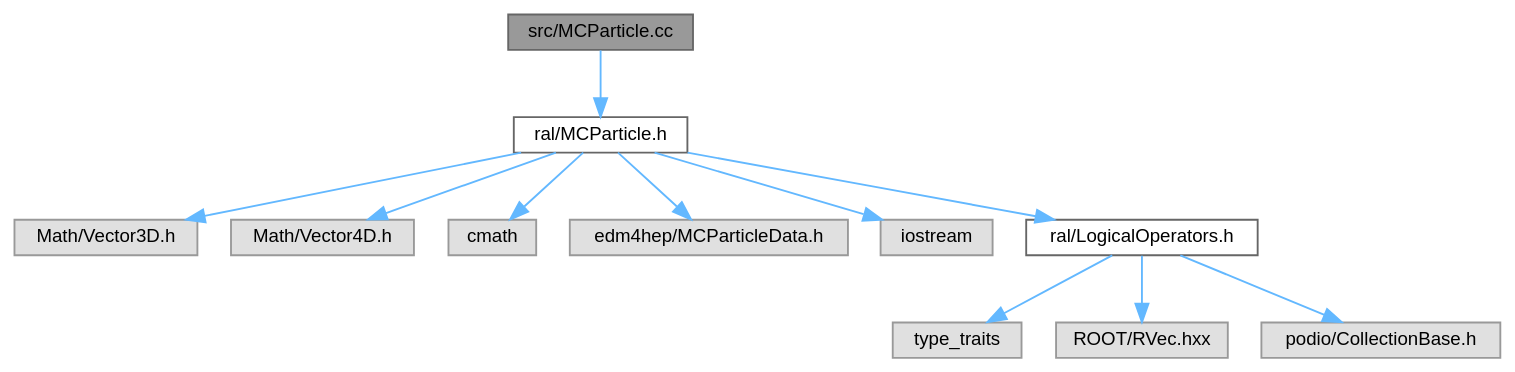
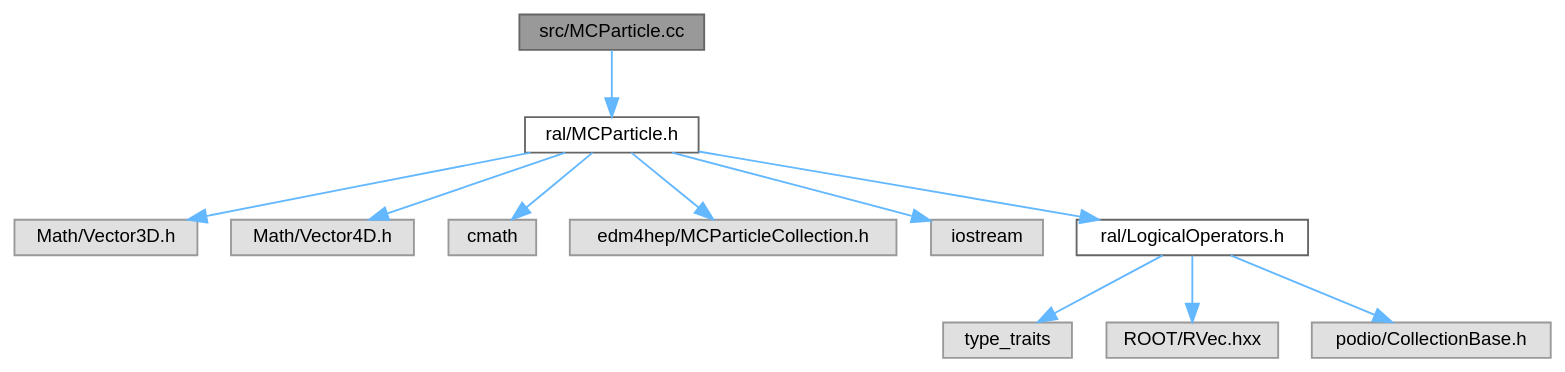
The diagram in docs/MCParticle_8cc__incl.dot (Juanki0396/ral), drawn with Graphviz before and after one commit. The commit also changed 30 other files, not shown here.

```diff
--- a/docs/MCParticle_8cc__incl.dot
+++ b/docs/MCParticle_8cc__incl.dot
@@ -1,28 +1,28 @@
 digraph "src/MCParticle.cc"
 {
  // LATEX_PDF_SIZE
   bgcolor="transparent";
   edge [fontname=Helvetica,fontsize=10,labelfontname=Helvetica,labelfontsize=10];
   node [fontname=Helvetica,fontsize=10,shape=box,height=0.2,width=0.4];
   Node1 [id="Node000001",label="src/MCParticle.cc",height=0.2,width=0.4,color="gray40", fillcolor="grey60", style="filled", fontcolor="black",tooltip=" "];
   Node1 -> Node2 [id="edge1_Node000001_Node000002",color="steelblue1",style="solid",tooltip=" "];
   Node2 [id="Node000002",label="ral/MCParticle.h",height=0.2,width=0.4,color="grey40", fillcolor="white", style="filled",URL="$MCParticle_8h.html",tooltip=" "];
   Node2 -> Node3 [id="edge2_Node000002_Node000003",color="steelblue1",style="solid",tooltip=" "];
   Node3 [id="Node000003",label="Math/Vector3D.h",height=0.2,width=0.4,color="grey60", fillcolor="#E0E0E0", style="filled",tooltip=" "];
   Node2 -> Node4 [id="edge3_Node000002_Node000004",color="steelblue1",style="solid",tooltip=" "];
   Node4 [id="Node000004",label="Math/Vector4D.h",height=0.2,width=0.4,color="grey60", fillcolor="#E0E0E0", style="filled",tooltip=" "];
   Node2 -> Node5 [id="edge4_Node000002_Node000005",color="steelblue1",style="solid",tooltip=" "];
   Node5 [id="Node000005",label="cmath",height=0.2,width=0.4,color="grey60", fillcolor="#E0E0E0", style="filled",tooltip=" "];
   Node2 -> Node6 [id="edge5_Node000002_Node000006",color="steelblue1",style="solid",tooltip=" "];
-  Node6 [id="Node000006",label="edm4hep/MCParticleData.h",height=0.2,width=0.4,color="grey60", fillcolor="#E0E0E0", style="filled",tooltip=" "];
+  Node6 [id="Node000006",label="edm4hep/MCParticleCollection.h",height=0.2,width=0.4,color="grey60", fillcolor="#E0E0E0", style="filled",tooltip=" "];
   Node2 -> Node7 [id="edge6_Node000002_Node000007",color="steelblue1",style="solid",tooltip=" "];
   Node7 [id="Node000007",label="iostream",height=0.2,width=0.4,color="grey60", fillcolor="#E0E0E0", style="filled",tooltip=" "];
   Node2 -> Node8 [id="edge7_Node000002_Node000008",color="steelblue1",style="solid",tooltip=" "];
   Node8 [id="Node000008",label="ral/LogicalOperators.h",height=0.2,width=0.4,color="grey40", fillcolor="white", style="filled",URL="$LogicalOperators_8h.html",tooltip=" "];
   Node8 -> Node9 [id="edge8_Node000008_Node000009",color="steelblue1",style="solid",tooltip=" "];
   Node9 [id="Node000009",label="type_traits",height=0.2,width=0.4,color="grey60", fillcolor="#E0E0E0", style="filled",tooltip=" "];
   Node8 -> Node10 [id="edge9_Node000008_Node000010",color="steelblue1",style="solid",tooltip=" "];
   Node10 [id="Node000010",label="ROOT/RVec.hxx",height=0.2,width=0.4,color="grey60", fillcolor="#E0E0E0", style="filled",tooltip=" "];
   Node8 -> Node11 [id="edge10_Node000008_Node000011",color="steelblue1",style="solid",tooltip=" "];
   Node11 [id="Node000011",label="podio/CollectionBase.h",height=0.2,width=0.4,color="grey60", fillcolor="#E0E0E0", style="filled",tooltip=" "];
 }
```
